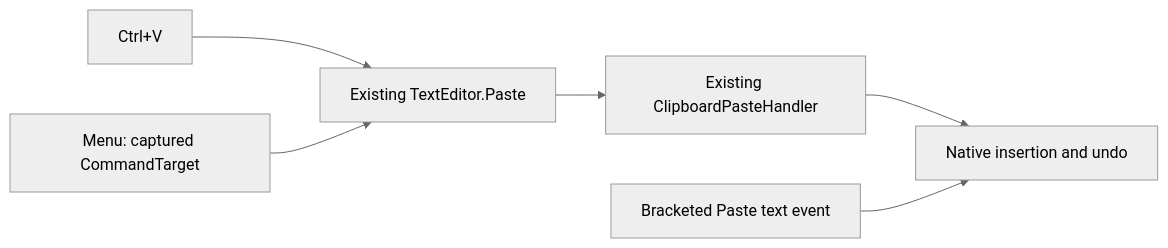
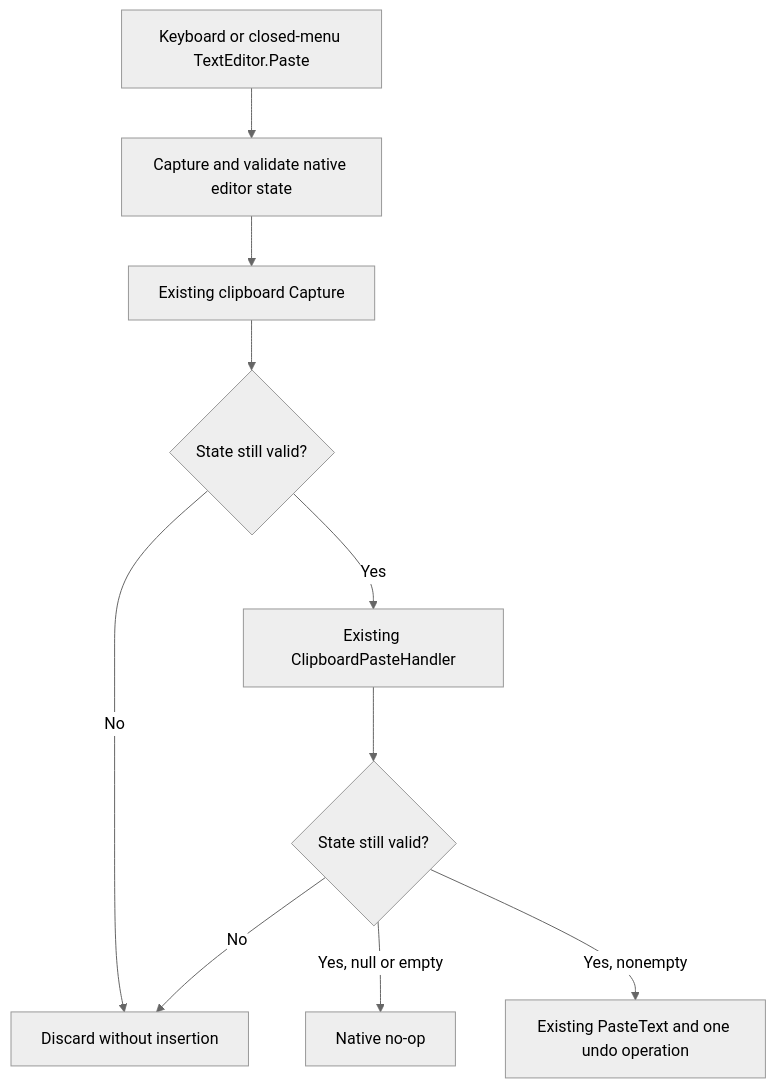
One commit to katasec/mission-control-language changed the third of 4 diagrams in docs/phases/phase-70.1-text-interaction-foundation.md. Above: the diagram before and after it, drawn with Mermaid (neutral theme). The commit also changed other lines of this file and 6 other files, not shown here.

````diff
--- a/docs/phases/phase-70.1-text-interaction-foundation.md
+++ b/docs/phases/phase-70.1-text-interaction-foundation.md
@@ -163,8 +190,12 @@
 ```mermaid
-flowchart LR
-    Keyboard[Ctrl+V] --> Command[Existing TextEditor.Paste]
-    Menu[Menu: captured CommandTarget] --> Command
-    Command --> Hook[Existing ClipboardPasteHandler]
-    Hook --> Undo[Native insertion and undo]
-    Event[Bracketed Paste text event] --> Undo
+flowchart TD
+    Entry[Keyboard or closed-menu TextEditor.Paste] --> Pre[Capture and validate native editor state]
+    Pre --> Read[Existing clipboard Capture]
+    Read --> Check1{State still valid?}
+    Check1 -->|No| Discard[Discard without insertion]
+    Check1 -->|Yes| Handler[Existing ClipboardPasteHandler]
+    Handler --> Check2{State still valid?}
+    Check2 -->|No| Discard
+    Check2 -->|Yes, null or empty| Noop[Native no-op]
+    Check2 -->|Yes, nonempty| Insert[Existing PasteText and one undo operation]
 ```
````
